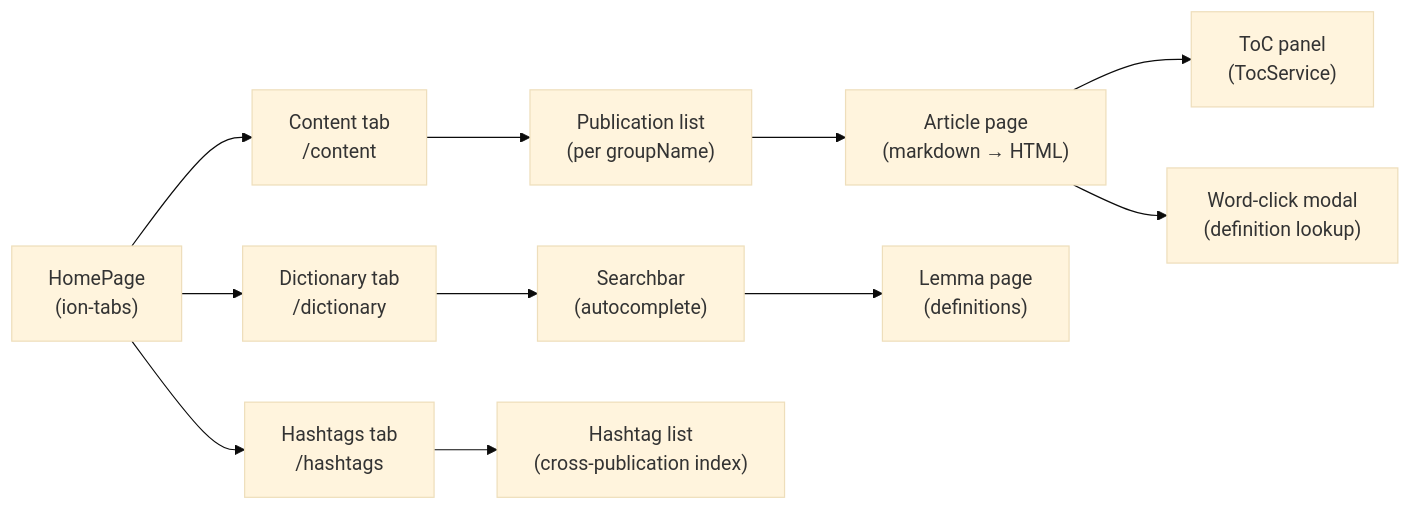
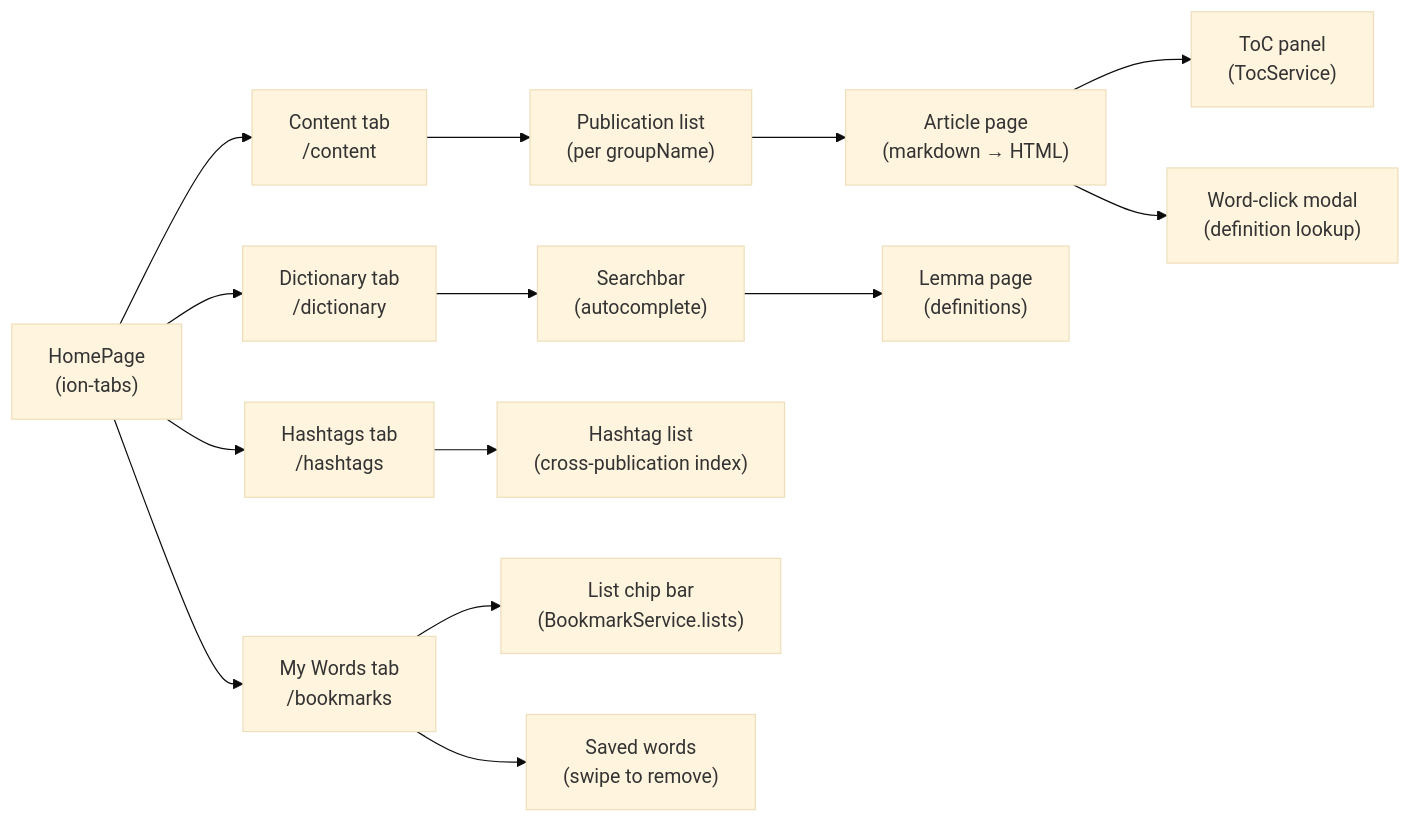
The third of 8 diagrams in apps/taalwiz-web/ARCHITECTURE.md (remarcmij/taalwiz-mono), drawn with Mermaid (base theme) before and after one commit. The commit also changed other lines of this file and 3 other files, not shown here.

Commit message:
docs: update API and web markdown docs for named bookmark lists

````diff
--- a/apps/taalwiz-web/ARCHITECTURE.md
+++ b/apps/taalwiz-web/ARCHITECTURE.md
@@ -184,17 +192,21 @@
 ```mermaid
 graph LR
     HomePage["HomePage\n(ion-tabs)"]
     HomePage --> Content["Content tab\n/content"]
     HomePage --> Dictionary["Dictionary tab\n/dictionary"]
     HomePage --> Hashtags["Hashtags tab\n/hashtags"]
+    HomePage --> Bookmarks["My Words tab\n/bookmarks"]
 
     Content --> Publication["Publication list\n(per groupName)"]
     Publication --> Article["Article page\n(markdown → HTML)"]
     Article --> TOC["ToC panel\n(TocService)"]
     Article --> WordModal["Word-click modal\n(definition lookup)"]
 
     Dictionary --> Searchbar["Searchbar\n(autocomplete)"]
     Searchbar --> Lemma["Lemma page\n(definitions)"]
 
     Hashtags --> HashtagList["Hashtag list\n(cross-publication index)"]
+
+    Bookmarks --> ChipBar["List chip bar\n(BookmarkService.lists)"]
+    Bookmarks --> WordList["Saved words\n(swipe to remove)"]
 ```
````
